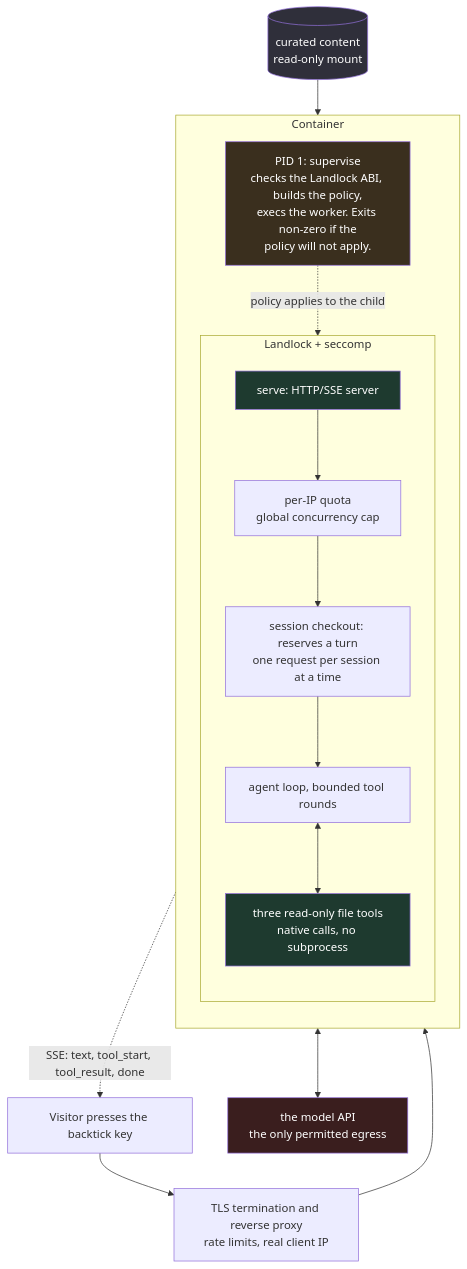
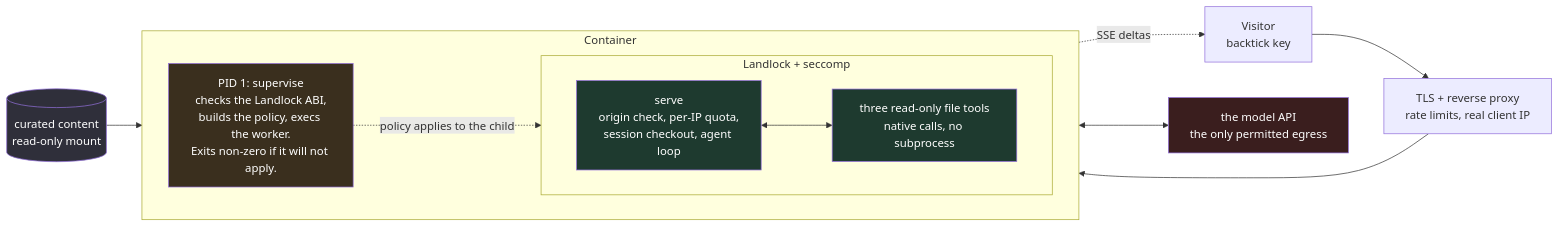
Before and after one commit to bet0x/barrahome-2026: the first of 2 diagrams in 2026/08/06/sandboxing-a-public-llm-agent.md, drawn with Mermaid.

Commit message:
post: render the architecture diagram horizontally
Vertical took too much height; also collapsed the per-stage pipeline the sequence diagram already covers.

```diff
--- a/2026/08/06/sandboxing-a-public-llm-agent.md
+++ b/2026/08/06/sandboxing-a-public-llm-agent.md
@@ -34,31 +34,27 @@
 <div class="mermaid">
-flowchart TB
-    visitor[Visitor presses the backtick key]
-    edge[TLS termination and reverse proxy<br/>rate limits, real client IP]
+flowchart LR
+    visitor[Visitor<br/>backtick key]
+    edge[TLS + reverse proxy<br/>rate limits, real client IP]
     subgraph container[Container]
-        direction TB
-        pid1[PID 1: supervise<br/>checks the Landlock ABI, builds the policy,<br/>execs the worker. Exits non-zero if the<br/>policy will not apply.]
+        direction LR
+        pid1[PID 1: supervise<br/>checks the Landlock ABI,<br/>builds the policy, execs the worker.<br/>Exits non-zero if it will not apply.]
         subgraph confined[Landlock + seccomp]
-            direction TB
-            worker[serve: HTTP/SSE server]
-            limits[per-IP quota<br/>global concurrency cap]
-            session[session checkout: reserves a turn<br/>one request per session at a time]
-            loop[agent loop, bounded tool rounds]
+            direction LR
+            worker[serve<br/>origin check, per-IP quota,<br/>session checkout, agent loop]
             tools[three read-only file tools<br/>native calls, no subprocess]
-            worker --> limits --> session --> loop
-            loop <--> tools
+            worker <--> tools
         end
     end
     ws[(curated content<br/>read-only mount)]
     api[the model API<br/>the only permitted egress]
     visitor --> edge --> worker
     pid1 -.->|policy applies to the child| confined
     ws --> tools
-    loop <--> api
-    worker -.->|SSE: text, tool_start, tool_result, done| visitor
+    worker <--> api
+    worker -.->|SSE deltas| visitor
     style pid1 fill:#3a2f1e,color:#fff
     style worker fill:#1e3a2f,color:#fff
     style tools fill:#1e3a2f,color:#fff
     style api fill:#3a1e1e,color:#fff
     style ws fill:#2f2f3a,color:#fff
 </div>
```
